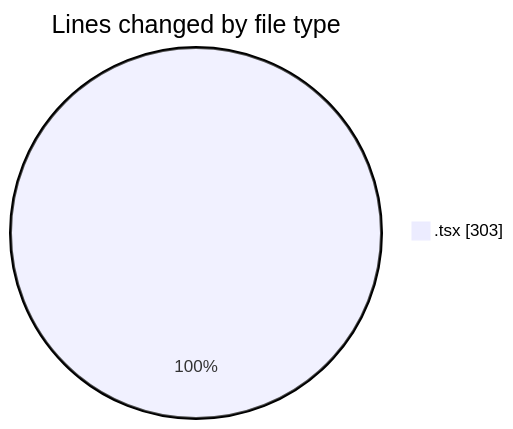
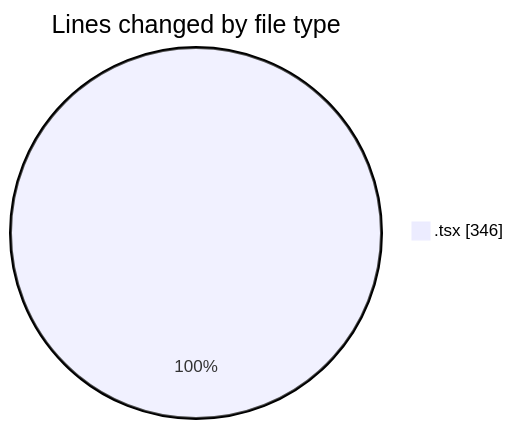
One commit to nxtqubesakshisongat/code-tracking changed the first of 2 diagrams in 2026-02-05/nxtqube_webapp/README.md. Above: the diagram before and after it, drawn with Mermaid. The commit also changed other lines of this file and 1 other file, not shown here.

````diff
--- a/2026-02-05/nxtqube_webapp/README.md
+++ b/2026-02-05/nxtqube_webapp/README.md
@@ -21,5 +21,5 @@
 ```mermaid
 pie showData
 title Lines changed by file type
-".tsx" : 303
+".tsx" : 346
 ```
````
